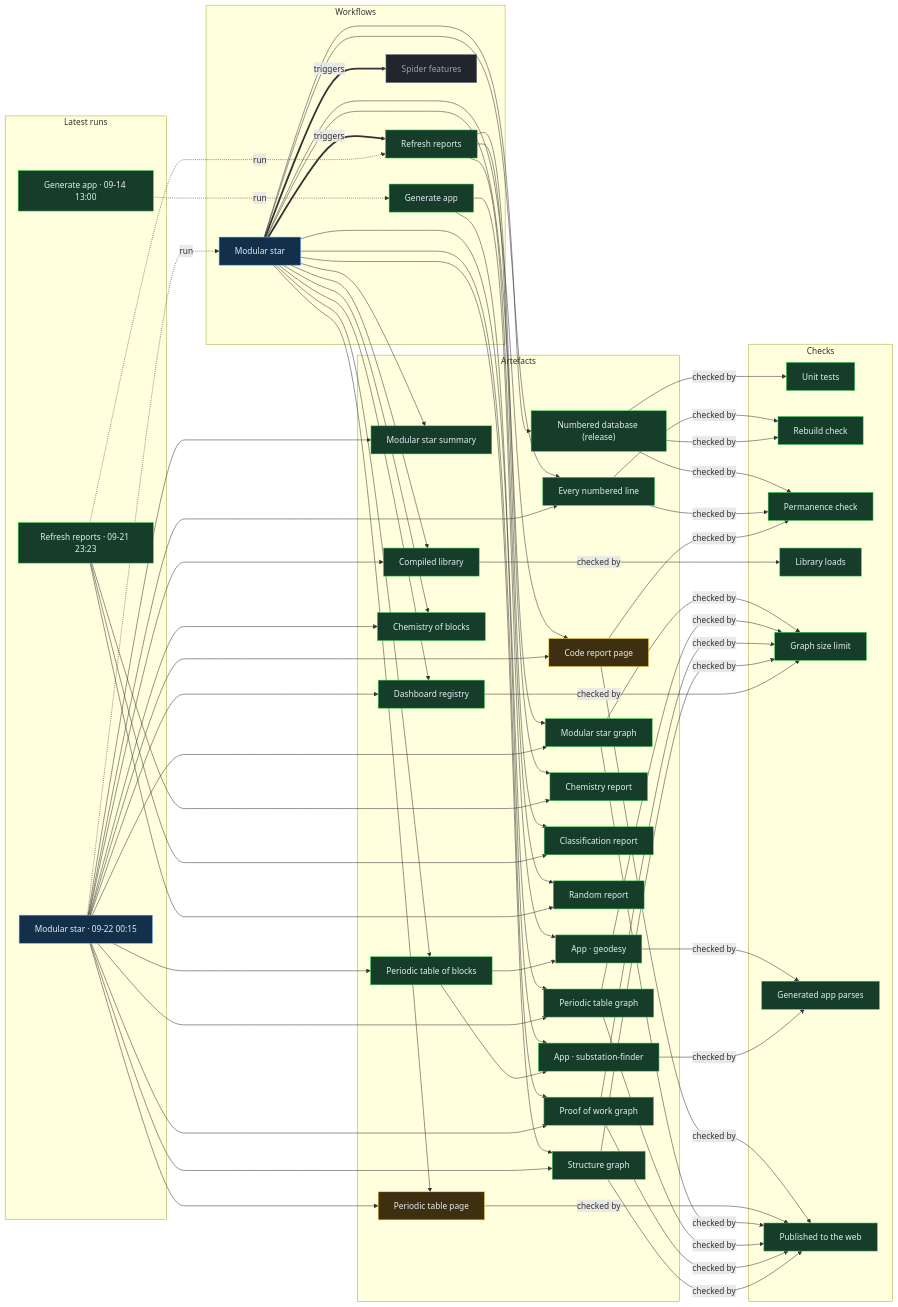
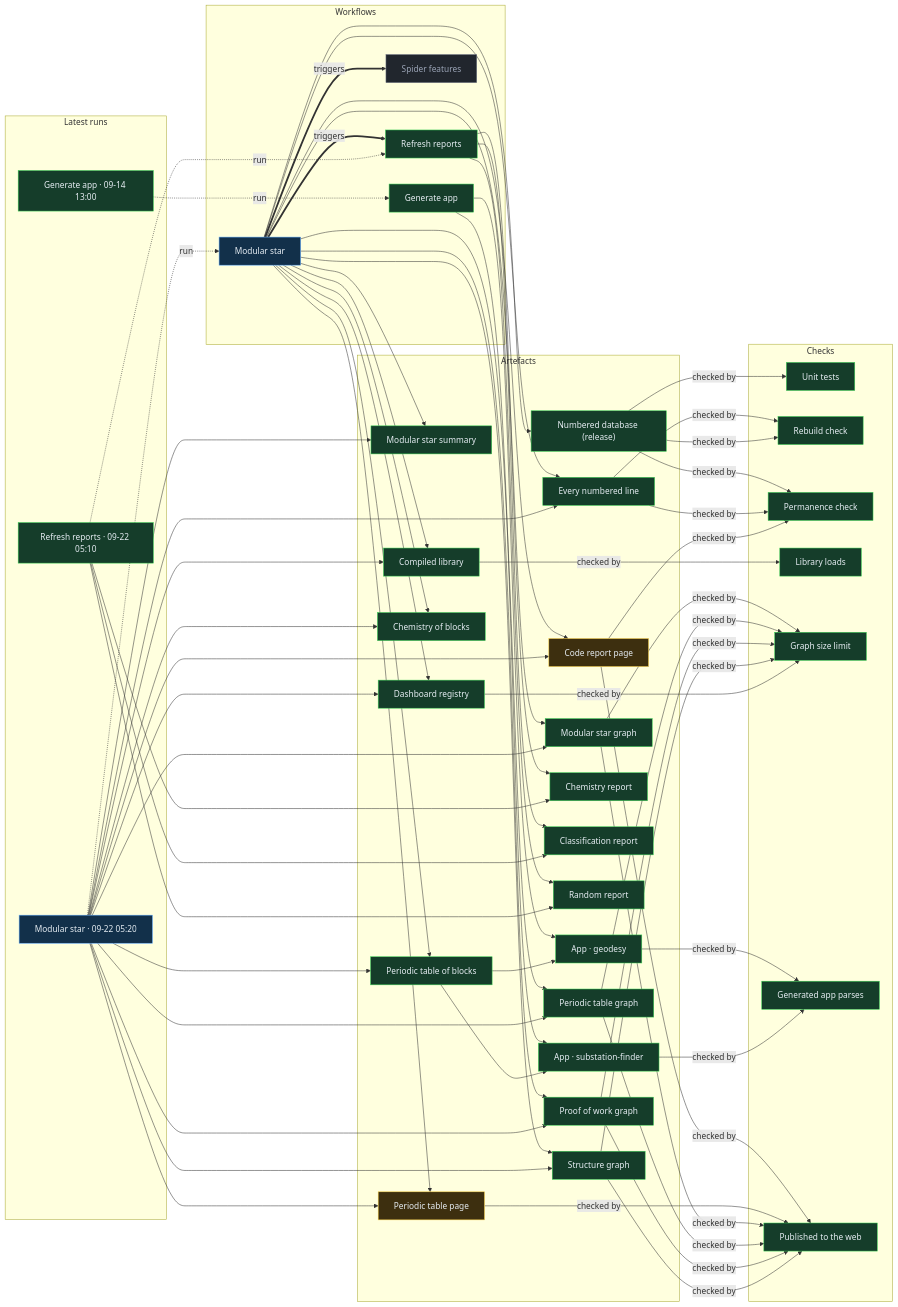
The diagram in proof/PROOF.md (Ventusltd/stars), drawn with Mermaid before and after one commit. The commit also changed other lines of this file and 123 other files, not shown here.

Commit message:
Modular star 2026-09-22T05:22Z

```diff
--- a/proof/PROOF.md
+++ b/proof/PROOF.md
@@ -24,8 +24,8 @@
   n_wf_spider_features["Spider features"]:::off
   end
   subgraph g_runs["Latest runs"]
-  n_run_35671203762["Modular star · 09-22 00:15"]:::live
-  n_run_35667333608["Refresh reports · 09-21 23:23"]:::ok
+  n_run_35690302290["Modular star · 09-22 05:20"]:::live
+  n_run_35689677956["Refresh reports · 09-22 05:10"]:::ok
   n_run_34846587798["Generate app · 09-14 13:00"]:::ok
   end
   subgraph g_artefacts["Artefacts"]
@@ -59,39 +59,39 @@
   end
   n_wf_modular_star == triggers ==> n_wf_refresh
   n_wf_modular_star == triggers ==> n_wf_spider_features
-  n_run_35671203762 -. run .-> n_wf_modular_star
-  n_run_35667333608 -. run .-> n_wf_refresh
+  n_run_35690302290 -. run .-> n_wf_modular_star
+  n_run_35689677956 -. run .-> n_wf_refresh
   n_run_34846587798 -. run .-> n_wf_generate
   n_wf_modular_star --> n_art_summary
-  n_run_35671203762 --> n_art_summary
+  n_run_35690302290 --> n_art_summary
   n_wf_modular_star --> n_art_lines
-  n_run_35671203762 --> n_art_lines
+  n_run_35690302290 --> n_art_lines
   n_wf_modular_star --> n_art_code
-  n_run_35671203762 --> n_art_code
+  n_run_35690302290 --> n_art_code
   n_wf_modular_star --> n_art_modular_graph
-  n_run_35671203762 --> n_art_modular_graph
+  n_run_35690302290 --> n_art_modular_graph
   n_wf_modular_star --> n_art_blocks
-  n_run_35671203762 --> n_art_blocks
+  n_run_35690302290 --> n_art_blocks
   n_wf_modular_star --> n_art_table
-  n_run_35671203762 --> n_art_table
+  n_run_35690302290 --> n_art_table
   n_wf_modular_star --> n_art_blocks_graph
-  n_run_35671203762 --> n_art_blocks_graph
+  n_run_35690302290 --> n_art_blocks_graph
   n_wf_modular_star --> n_art_reactions
-  n_run_35671203762 --> n_art_reactions
+  n_run_35690302290 --> n_art_reactions
   n_wf_modular_star --> n_art_library
-  n_run_35671203762 --> n_art_library
+  n_run_35690302290 --> n_art_library
   n_wf_modular_star --> n_art_features
-  n_run_35671203762 --> n_art_features
+  n_run_35690302290 --> n_art_features
   n_wf_modular_star --> n_art_proof
-  n_run_35671203762 --> n_art_proof
+  n_run_35690302290 --> n_art_proof
   n_wf_modular_star --> n_art_structure
-  n_run_35671203762 --> n_art_structure
+  n_run_35690302290 --> n_art_structure
   n_wf_refresh --> n_art_chemistry
-  n_run_35667333608 --> n_art_chemistry
+  n_run_35689677956 --> n_art_chemistry
   n_wf_refresh --> n_art_vedic
-  n_run_35667333608 --> n_art_vedic
+  n_run_35689677956 --> n_art_vedic
   n_wf_refresh --> n_art_random
-  n_run_35667333608 --> n_art_random
+  n_run_35689677956 --> n_art_random
   n_wf_modular_star --> n_art_release
   n_wf_generate --> n_app_geodesy
   n_art_blocks --> n_app_geodesy
```
